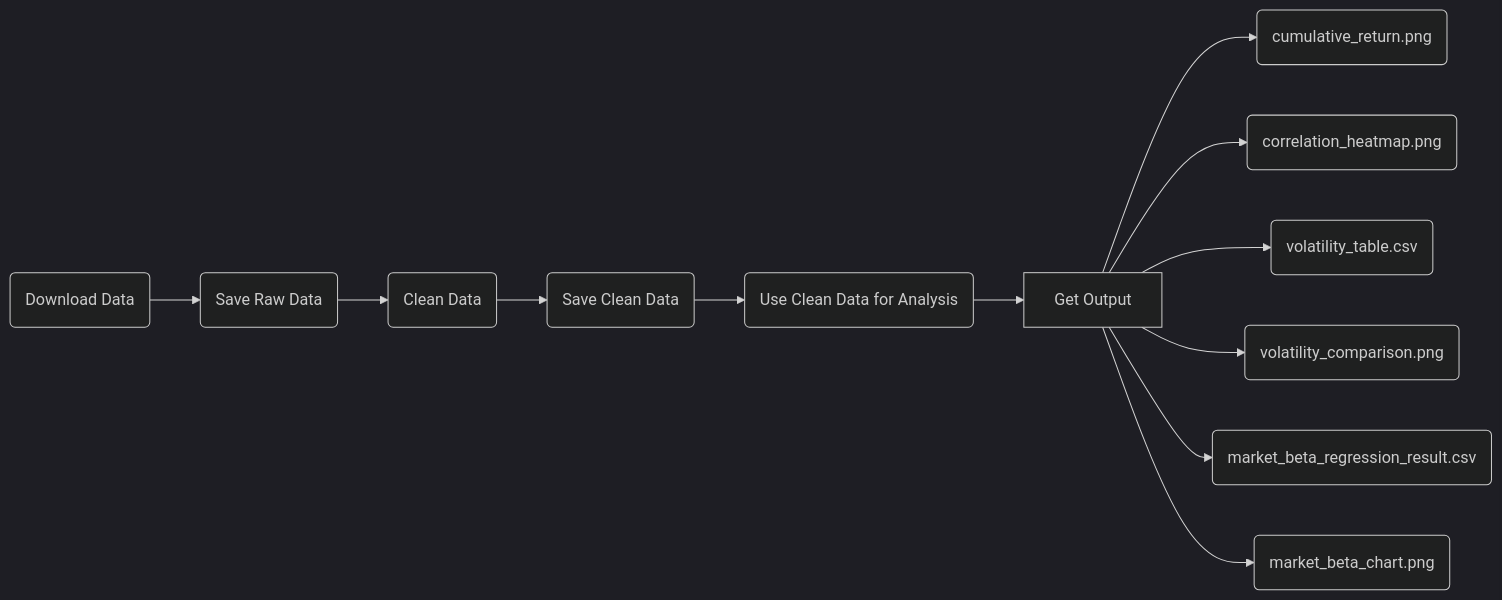
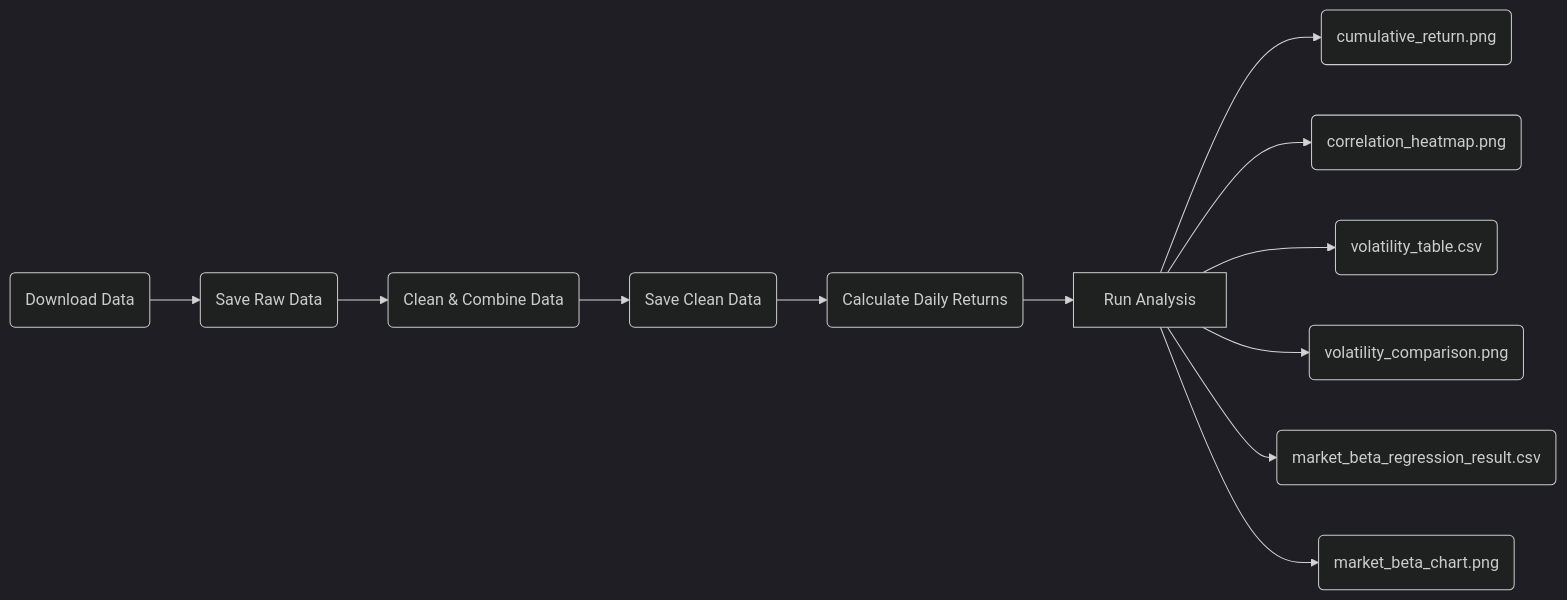
The diagram in README.md (kian-psr/Empirical-project), drawn with Mermaid (dark theme) before and after one commit. The commit also changed other lines of this file, not shown here.

````diff
--- a/README.md
+++ b/README.md
@@ -46,14 +45,14 @@
 ``` mermaid
 flowchart LR
     A(Download Data) --> B(Save Raw Data)
-    B --> C(Clean Data)
+    B --> C(Clean & Combine Data)
     C --> D(Save Clean Data)
-    D --> E(Use Clean Data for Analysis)
-    E --> F[Get Output]
+    D --> E(Calculate Daily Returns)
+    E --> F[Run Analysis]
     F --> G("cumulative_return.png")
     F --> H("correlation_heatmap.png")
     F --> I("volatility_table.csv")
     F --> J("volatility_comparison.png")
     F --> K("market_beta_regression_result.csv")
     F --> L("market_beta_chart.png")
 ```
````
